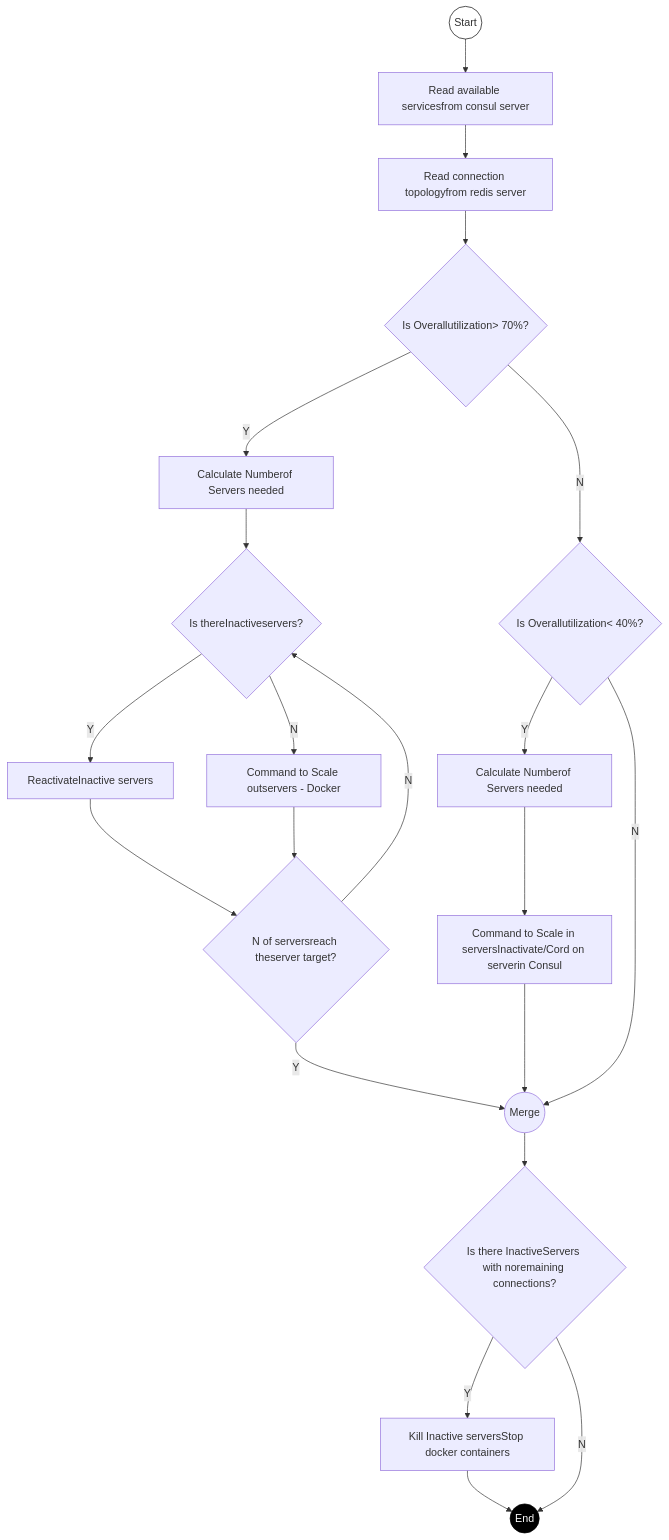
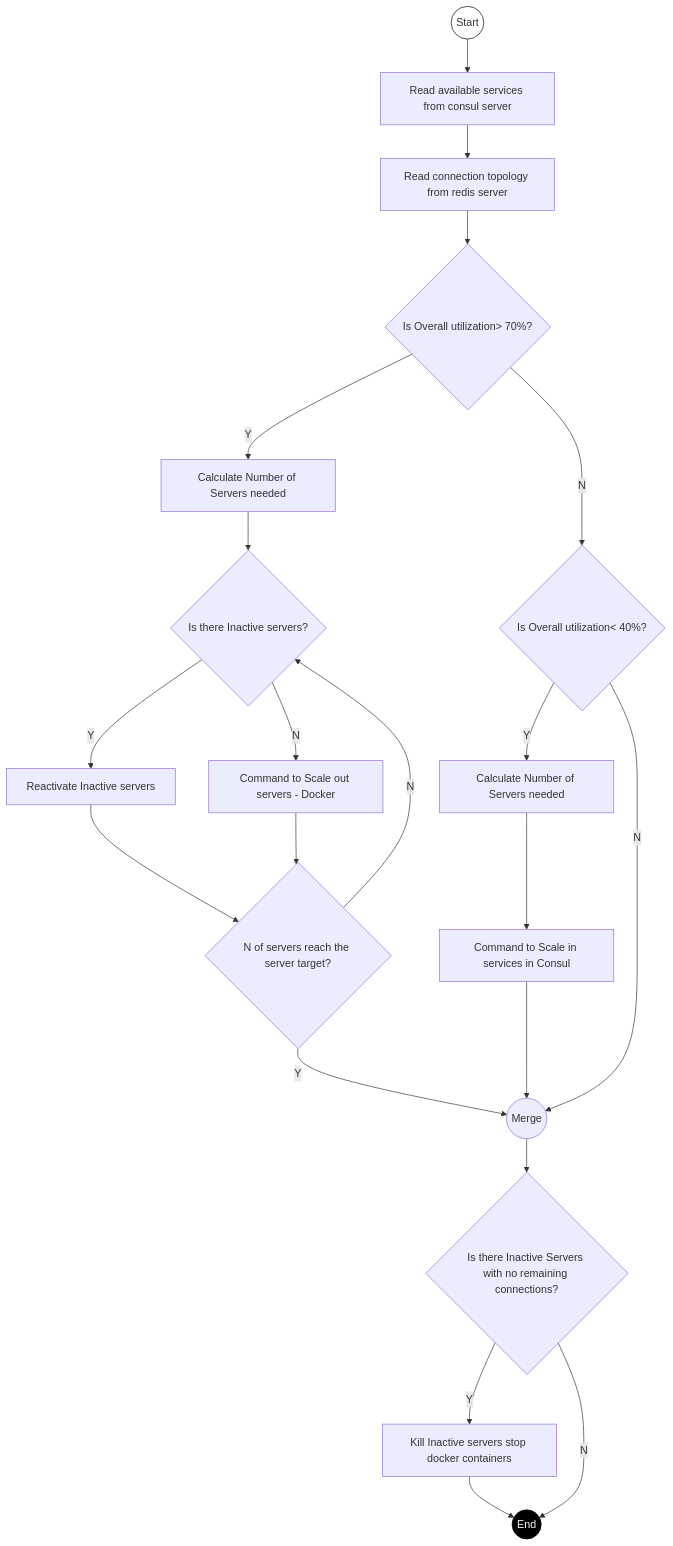
One commit to jhonnyJET/connection-rebalancer changed the second of 2 diagrams in README.md. Above: the diagram before and after it, drawn with Mermaid. The commit also changed other lines of this file, not shown here.

Commit message:
WC-XX [BE] add mermaid flow charts explainig scaling/rebalancing

````diff
--- a/README.md
+++ b/README.md
@@ -43,26 +43,26 @@
 ```mermaid
 flowchart TD
-    Start((Start)) --> A[Read available servicesfrom consul server]
-    A --> B[Read connection topologyfrom redis server]
-    B --> C{Is Overallutilization> 70%?}
-    C -- Y --> D[Calculate Numberof Servers needed]
-    D --> E{Is thereInactiveservers?}
-    E -- Y --> F[ReactivateInactive servers]
-    F --> H{N of serversreach theserver target?}
-    E -- N --> G[Command to Scale outservers - Docker]
+    Start((Start)) --> A[Read available services from consul server]
+    A --> B[Read connection topology from redis server]
+    B --> C{Is Overall utilization> 70%?}
+    C -- Y --> D[Calculate Number of Servers needed]
+    D --> E{Is there Inactive servers?}
+    E -- Y --> F[Reactivate Inactive servers]
+    F --> H{N of servers reach the server target?}
+    E -- N --> G[Command to Scale out servers - Docker]
     G --> H
     H -- N --> E
     H -- Y --> Merge((Merge))
-    C -- N --> I{Is Overallutilization< 40%?}
-    I -- Y --> J[Calculate Numberof Servers needed]
-    J --> K[Command to Scale in serversInactivate/Cord on serverin Consul]
+    C -- N --> I{Is Overall utilization< 40%?}
+    I -- Y --> J[Calculate Number of Servers needed]
+    J --> K[Command to Scale in services in Consul]
     K --> Merge
     I -- N --> Merge
-    Merge --> L{Is there InactiveServers with noremaining connections?}
-    L -- Y --> M[Kill Inactive serversStop docker containers]
+    Merge --> L{Is there Inactive Servers with no remaining connections?}
+    L -- Y --> M[Kill Inactive servers stop docker containers]
     M --> End((End))
     L -- N --> End
 
     style Start fill:#fff,stroke:#000
     style End fill:#000,stroke:#000,color:#fff
 ```
````
